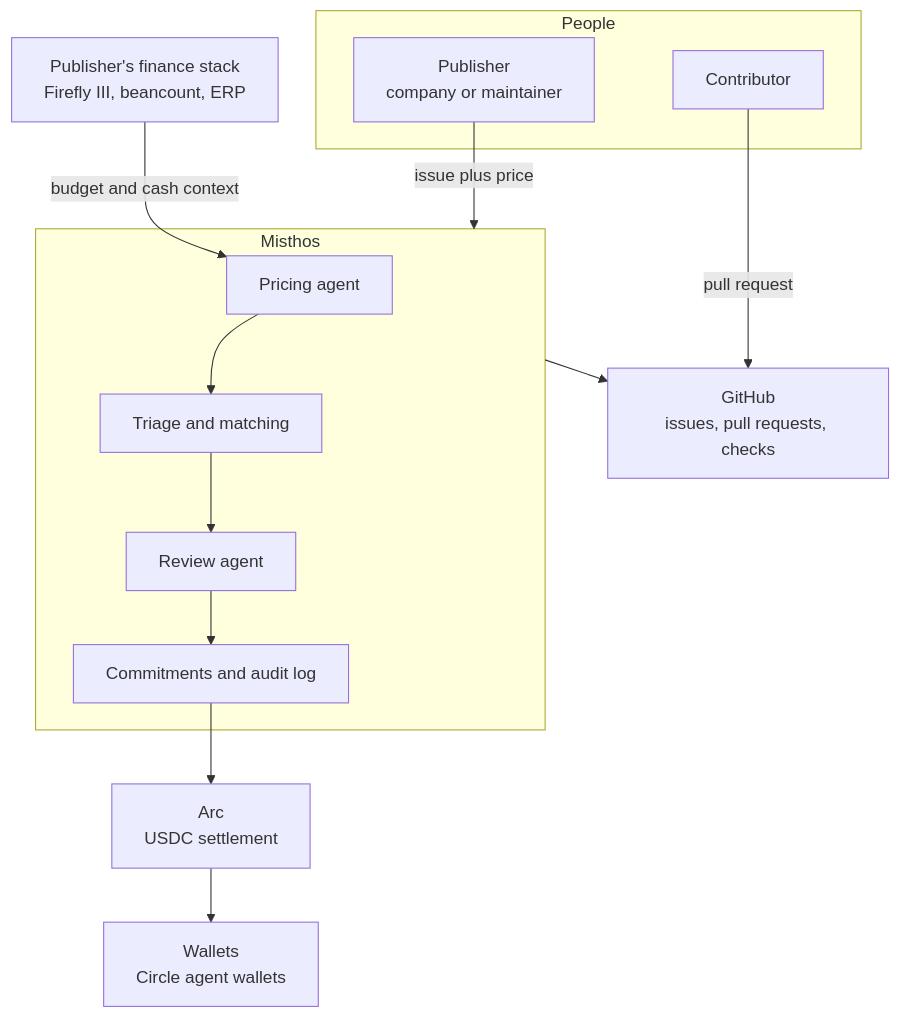
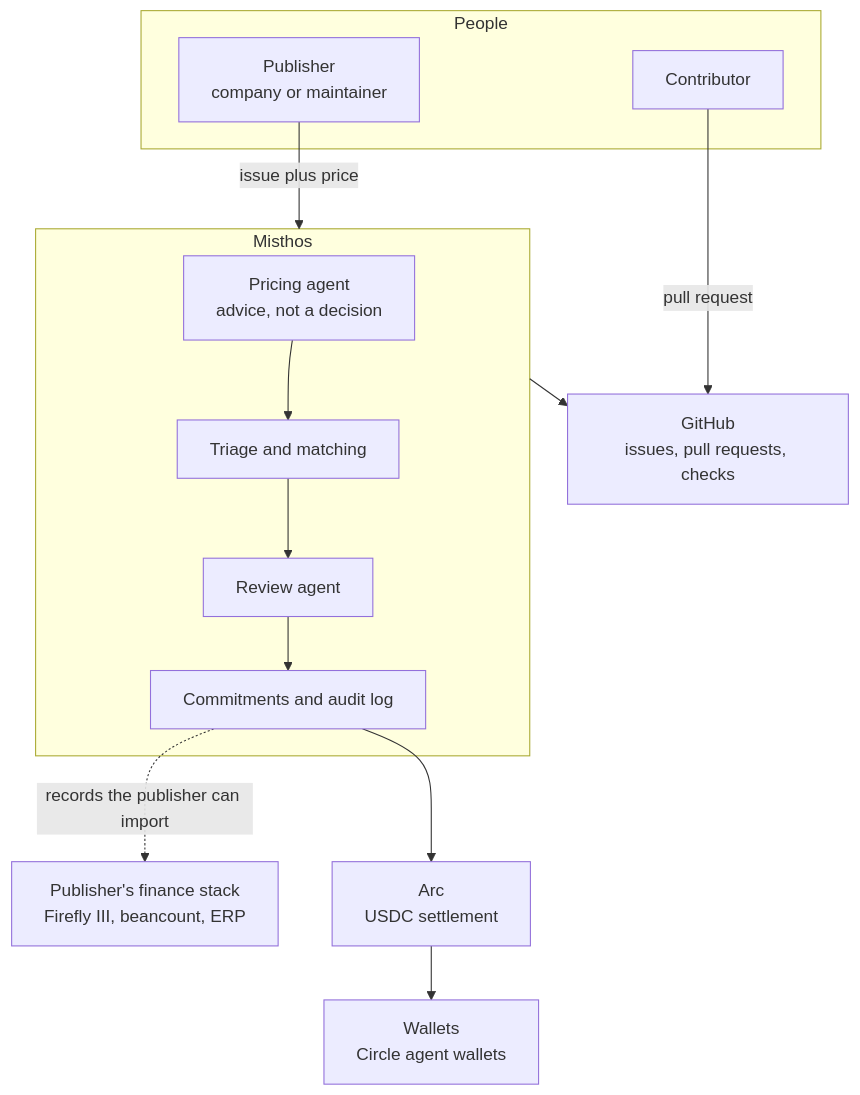
One commit to alienvisitor8675-bit/hackathon-circle-misthos changed the first of 5 diagrams in docs/misthos/05-how-it-works.md. Above: the diagram before and after it, drawn with Mermaid. The commit also changed other lines of this file and 56 other files, not shown here.

First line of the commit message:
feat(price): let the publisher name the price, and charge a flat 10 percent (#143)

````diff
--- a/docs/misthos/05-how-it-works.md
+++ b/docs/misthos/05-how-it-works.md
@@ -20,29 +20,29 @@
 ```mermaid
 flowchart TB
     subgraph People["People"]
         PUB["Publisher<br/>company or maintainer"]
         CON["Contributor"]
     end
 
     subgraph Platform["Misthos"]
-        PRICE["Pricing agent"]
+        PRICE["Pricing agent<br/>advice, not a decision"]
         TRIAGE["Triage and matching"]
         REVIEW["Review agent"]
         LEDGER["Commitments and audit log"]
     end
 
     GH["GitHub<br/>issues, pull requests, checks"]
     FIN["Publisher's finance stack<br/>Firefly III, beancount, ERP"]
     ARC["Arc<br/>USDC settlement"]
     WALLET["Wallets<br/>Circle agent wallets"]
 
     PUB -->|"issue plus price"| Platform
     CON -->|"pull request"| GH
     Platform --> GH
-    FIN -->|"budget and cash context"| PRICE
     PRICE --> TRIAGE
     TRIAGE --> REVIEW
     REVIEW --> LEDGER
     LEDGER --> ARC
+    LEDGER -.->|"records the publisher can import"| FIN
     ARC --> WALLET
 ```
````
